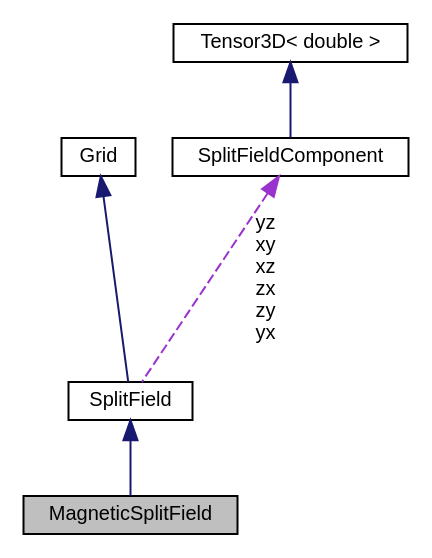
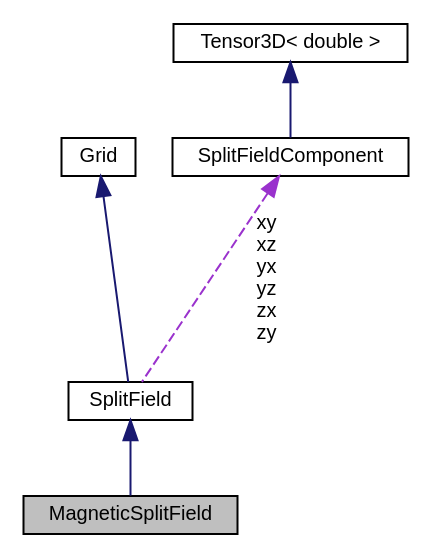
The diagram in classMagneticSplitField__coll__graph.dot (UCL/TDMS), drawn with Graphviz before and after one commit. The commit also changed 324 other files, not shown here.

```diff
--- a/classMagneticSplitField__coll__graph.dot
+++ b/classMagneticSplitField__coll__graph.dot
@@ -1,15 +1,15 @@
 digraph "MagneticSplitField"
 {
  // LATEX_PDF_SIZE
   edge [fontname="Helvetica",fontsize="10",labelfontname="Helvetica",labelfontsize="10"];
   node [fontname="Helvetica",fontsize="10",shape=record];
   Node1 [label="MagneticSplitField",height=0.2,width=0.4,color="black", fillcolor="grey75", style="filled", fontcolor="black",tooltip=" "];
   Node2 -> Node1 [dir="back",color="midnightblue",fontsize="10",style="solid",fontname="Helvetica"];
   Node2 [label="SplitField",height=0.2,width=0.4,color="black", fillcolor="white", style="filled",URL="$classSplitField.html",tooltip=" "];
   Node3 -> Node2 [dir="back",color="midnightblue",fontsize="10",style="solid",fontname="Helvetica"];
   Node3 [label="Grid",height=0.2,width=0.4,color="black", fillcolor="white", style="filled",URL="$classGrid.html",tooltip=" "];
-  Node4 -> Node2 [dir="back",color="darkorchid3",fontsize="10",style="dashed",label=" yz\nxy\nxz\nzx\nzy\nyx" ,fontname="Helvetica"];
+  Node4 -> Node2 [dir="back",color="darkorchid3",fontsize="10",style="dashed",label=" xy\nxz\nyx\nyz\nzx\nzy" ,fontname="Helvetica"];
   Node4 [label="SplitFieldComponent",height=0.2,width=0.4,color="black", fillcolor="white", style="filled",URL="$classSplitFieldComponent.html",tooltip=" "];
   Node5 -> Node4 [dir="back",color="midnightblue",fontsize="10",style="solid",fontname="Helvetica"];
   Node5 [label="Tensor3D\< double \>",height=0.2,width=0.4,color="black", fillcolor="white", style="filled",URL="$classTensor3D.html",tooltip=" "];
 }
```
